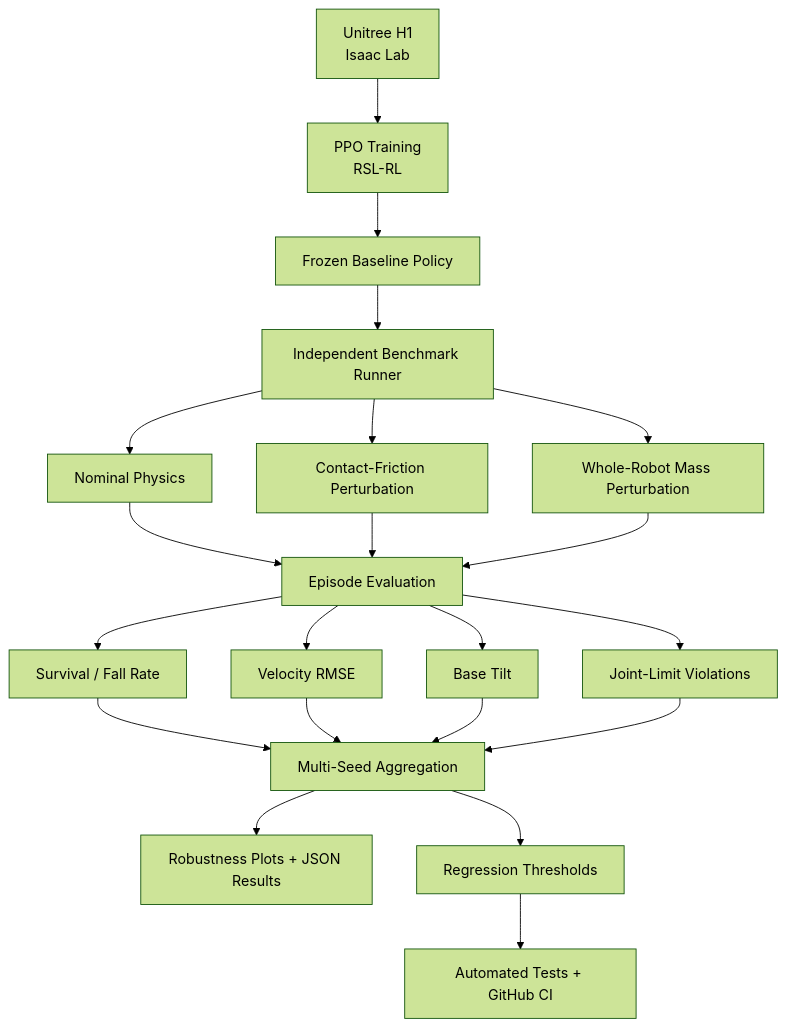
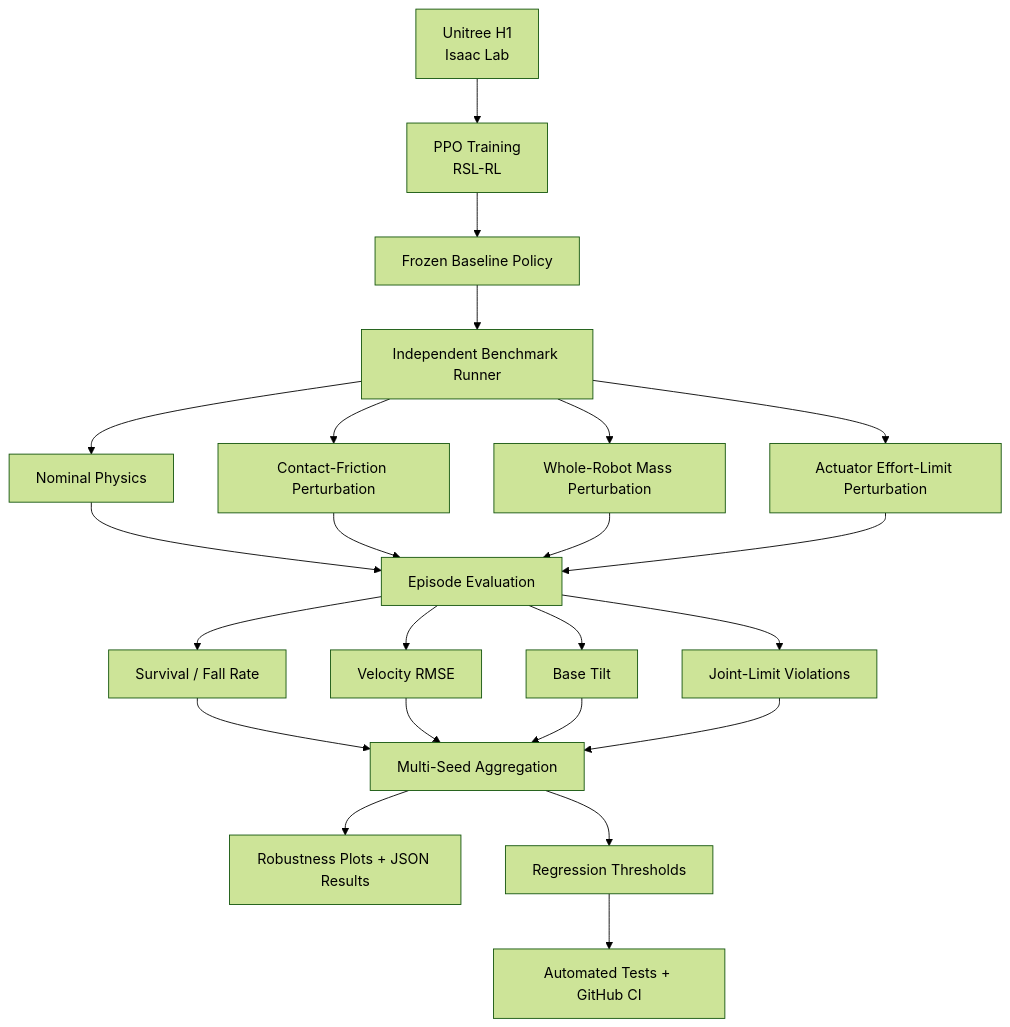
Before and after one commit to 22kashaf-khan/humanoid-simulation-robustness-benchmark: the diagram in README.md, drawn with Mermaid (forest theme). The commit also changed other lines of this file and 8 other files, not shown here.

````diff
--- a/README.md
+++ b/README.md
@@ -31,29 +40,31 @@
 ```mermaid
 flowchart TD
     A[Unitree H1<br/>Isaac Lab] --> B[PPO Training<br/>RSL-RL]
     B --> C[Frozen Baseline Policy]
 
     C --> D[Independent Benchmark Runner]
 
     D --> E[Nominal Physics]
     D --> F[Contact-Friction Perturbation]
     D --> G[Whole-Robot Mass Perturbation]
+    D --> Q[Actuator Effort-Limit Perturbation]
 
     E --> H[Episode Evaluation]
     F --> H
     G --> H
+    Q --> H
 
     H --> I[Survival / Fall Rate]
     H --> J[Velocity RMSE]
     H --> K[Base Tilt]
     H --> L[Joint-Limit Violations]
 
     I --> M[Multi-Seed Aggregation]
     J --> M
     K --> M
     L --> M
 
     M --> N[Robustness Plots + JSON Results]
     M --> O[Regression Thresholds]
     O --> P[Automated Tests + GitHub CI]
 ```
````
